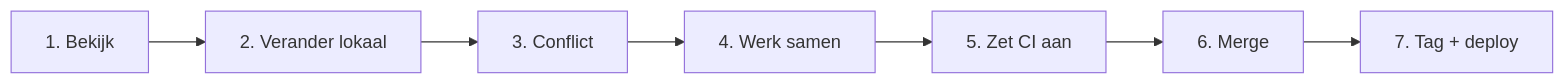
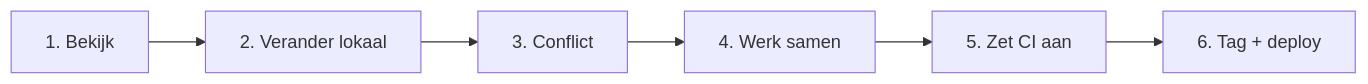
One commit to AT-Automation/ignition-cicd-demo changed the diagram in DEMO.md. Above: the diagram before and after it, drawn with Mermaid. The commit also changed other lines of this file and 4 other files, not shown here.

````diff
--- a/DEMO.md
+++ b/DEMO.md
@@ -5,9 +5,8 @@
 ```mermaid
 flowchart LR
   S1[1. Bekijk] --> S2[2. Verander lokaal]
   S2 --> S3[3. Conflict]
   S3 --> S4[4. Werk samen]
   S4 --> S5[5. Zet CI aan]
-  S5 --> S6[6. Merge]
-  S6 --> S7[7. Tag + deploy]
+  S5 --> S6[6. Tag + deploy]
 ```
````
